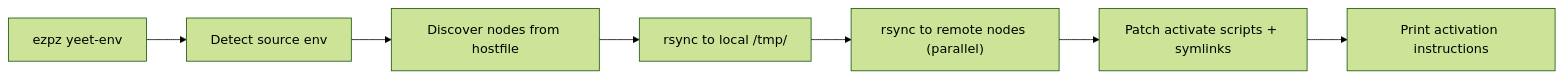
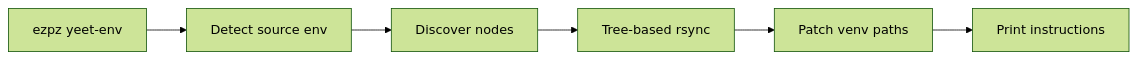
Before and after one commit to saforem2/ezpz: the first of 2 diagrams in docs/notes/yeet-env.md, drawn with Mermaid (forest theme). The commit also changed other lines of this file, not shown here.

First line of the commit message:
docs(yeet-env): Document tree-based distribution with diagrams

````diff
--- a/docs/notes/yeet-env.md
+++ b/docs/notes/yeet-env.md
@@ -65,9 +73,8 @@
 ```mermaid
 graph LR
     A["ezpz yeet-env"] --> B["Detect source env"]
-    B --> C["Discover nodes from hostfile"]
-    C --> D["rsync to local /tmp/"]
-    D --> E["rsync to remote nodes (parallel)"]
-    E --> F["Patch activate scripts + symlinks"]
-    F --> G["Print activation instructions"]
+    B --> C["Discover nodes"]
+    C --> D["Tree-based rsync"]
+    D --> E["Patch venv paths"]
+    E --> F["Print instructions"]
 ```
````
